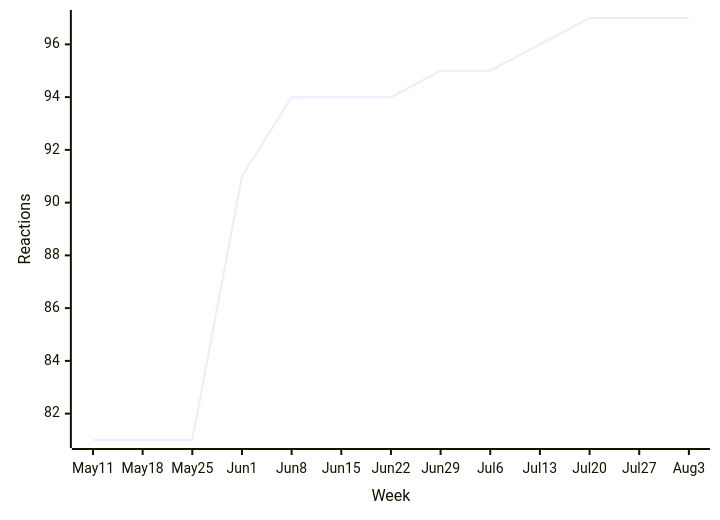
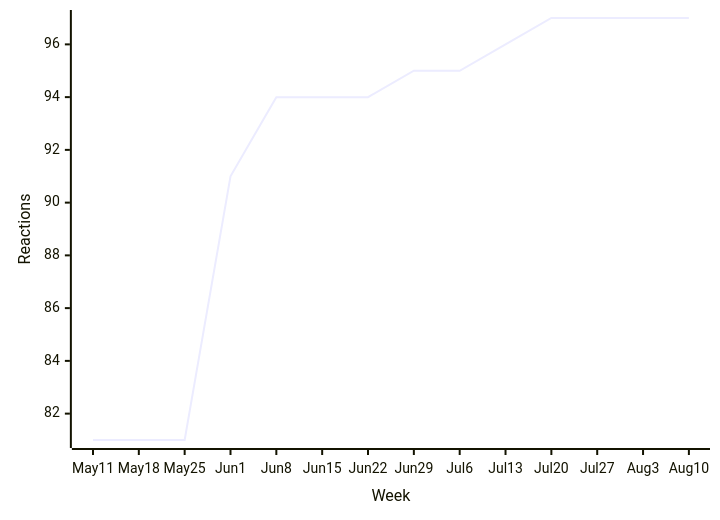
One commit to loic-sharma/github-insights changed diagram 11 of 43 in README.md. Above: the diagram before and after it, drawn with Mermaid. The commit also changed other lines of this file and 3 other files, not shown here.

````diff
--- a/README.md
+++ b/README.md
@@ -509,6 +509,6 @@
   ```mermaid
   xychart-beta
-    x-axis "Week" [May 11, May 18, May 25, Jun 1, Jun 8, Jun 15, Jun 22, Jun 29, Jul 6, Jul 13, Jul 20, Jul 27, Aug 3]
+    x-axis "Week" [May 11, May 18, May 25, Jun 1, Jun 8, Jun 15, Jun 22, Jun 29, Jul 6, Jul 13, Jul 20, Jul 27, Aug 3, Aug 10]
     y-axis "Reactions"
-    line [81, 81, 81, 91, 94, 94, 94, 95, 95, 96, 97, 97, 97]
+    line [81, 81, 81, 91, 94, 94, 94, 95, 95, 96, 97, 97, 97, 97]
   ```
````
